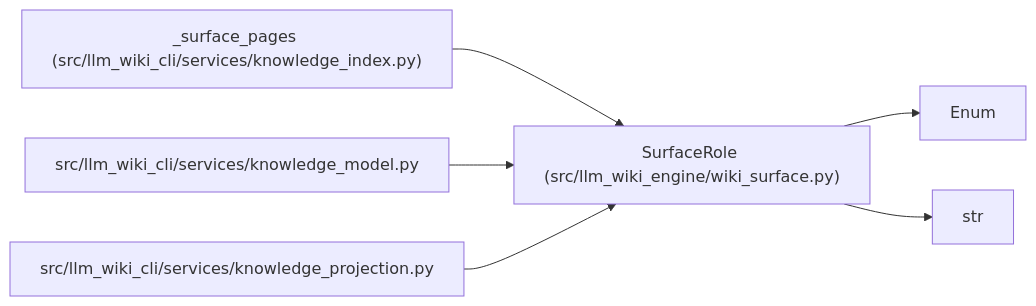
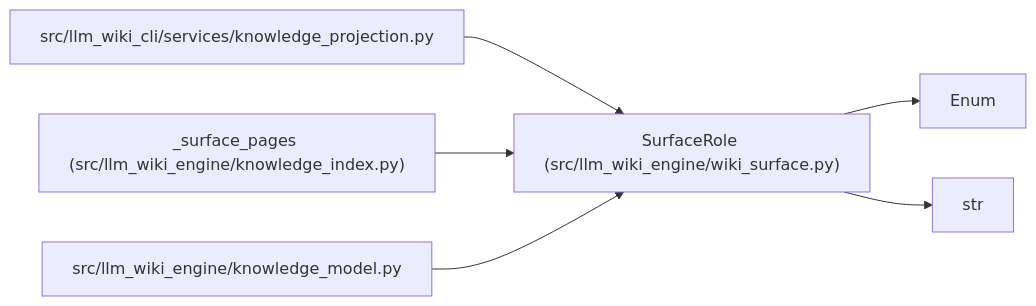
The diagram in docs/llm_wiki/entities/SurfaceRole.md (Denissvgn/python-wiki-llm), drawn with Mermaid before and after one commit. The commit also changed 1058 other files, not shown here.

First line of the commit message:
docs: refresh the wiki for the knowledge store move

````diff
--- a/docs/llm_wiki/entities/SurfaceRole.md
+++ b/docs/llm_wiki/entities/SurfaceRole.md
@@ -27,18 +27,18 @@
 ```mermaid
 flowchart LR
     n0["SurfaceRole (src/llm_wiki_engine/wiki_surface.py)"]
     n1["Enum"]
     n2["str"]
-    n3["_surface_pages (src/llm_wiki_cli/services/knowledge_index.py)"]
-    n4["src/llm_wiki_cli/services/knowledge_model.py"]
-    n5["src/llm_wiki_cli/services/knowledge_projection.py"]
+    n3["src/llm_wiki_cli/services/knowledge_projection.py"]
+    n4["_surface_pages (src/llm_wiki_engine/knowledge_index.py)"]
+    n5["src/llm_wiki_engine/knowledge_model.py"]
     n0 --> n1
     n0 --> n2
     n3 --> n0
     n4 --> n0
     n5 --> n0
     click n0 "../modules/wiki_surface.md"
-    click n3 "../modules/knowledge_index.md"
-    click n4 "../modules/knowledge_model.md"
-    click n5 "../modules/knowledge_projection.md"
+    click n3 "../modules/knowledge_projection.md"
+    click n4 "../modules/knowledge_index.md"
+    click n5 "../modules/knowledge_model.md"
 ```
````
